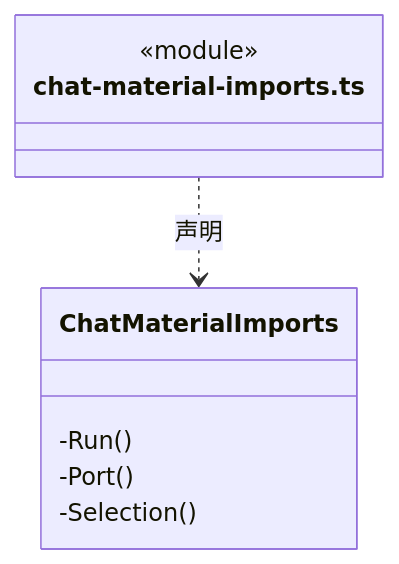
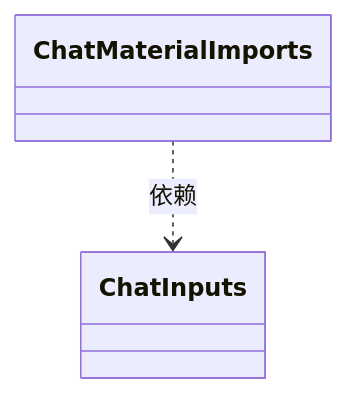
One commit to nan023062/cbim changed the diagram in src/logic/materials/service/ARCHITECTURE.md. Above: the diagram before and after it, drawn with Mermaid. The commit also changed other lines of this file and 158 other files, not shown here.

Commit message:
docs: model architecture through nested virtual encapsulations

````diff
--- a/src/logic/materials/service/ARCHITECTURE.md
+++ b/src/logic/materials/service/ARCHITECTURE.md
@@ -167,12 +20,8 @@
 ```mermaid
 classDiagram
-class N_src_logic_materials_service_chat_material_imports_ts["chat-material-imports.ts"] {
-  <<module>>
-}
-class N_src_logic_materials_service_chat_material_imports_ts_ChatMaterialImports["ChatMaterialImports"] {
-  -Run()
-  -Port()
-  -Selection()
-}
-N_src_logic_materials_service_chat_material_imports_ts ..> N_src_logic_materials_service_chat_material_imports_ts_ChatMaterialImports : 声明
+class N_3b22cba58f6d["ChatInputs"]
+click N_3b22cba58f6d href "chat-inputs.ts"
+class N_f0cd793bd653["ChatMaterialImports"]
+click N_f0cd793bd653 href "chat-material-imports.ts"
+N_f0cd793bd653 ..> N_3b22cba58f6d : 依赖
 ```
````
